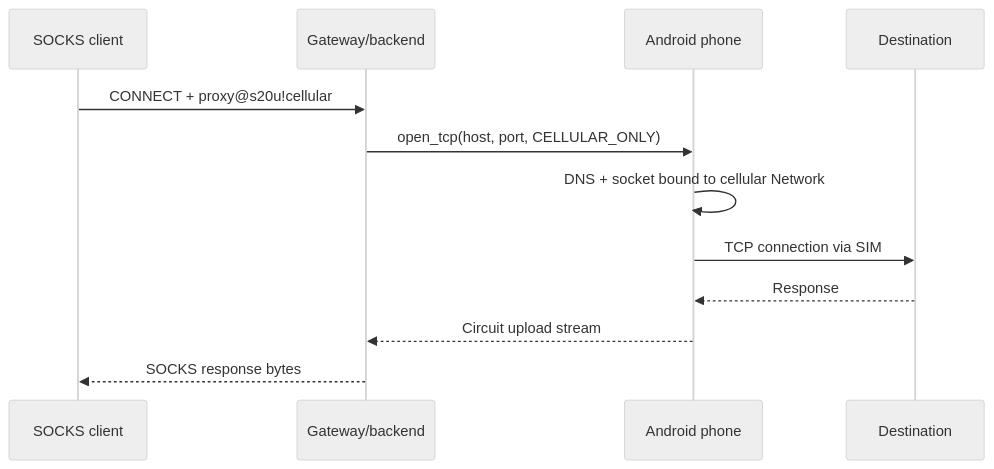
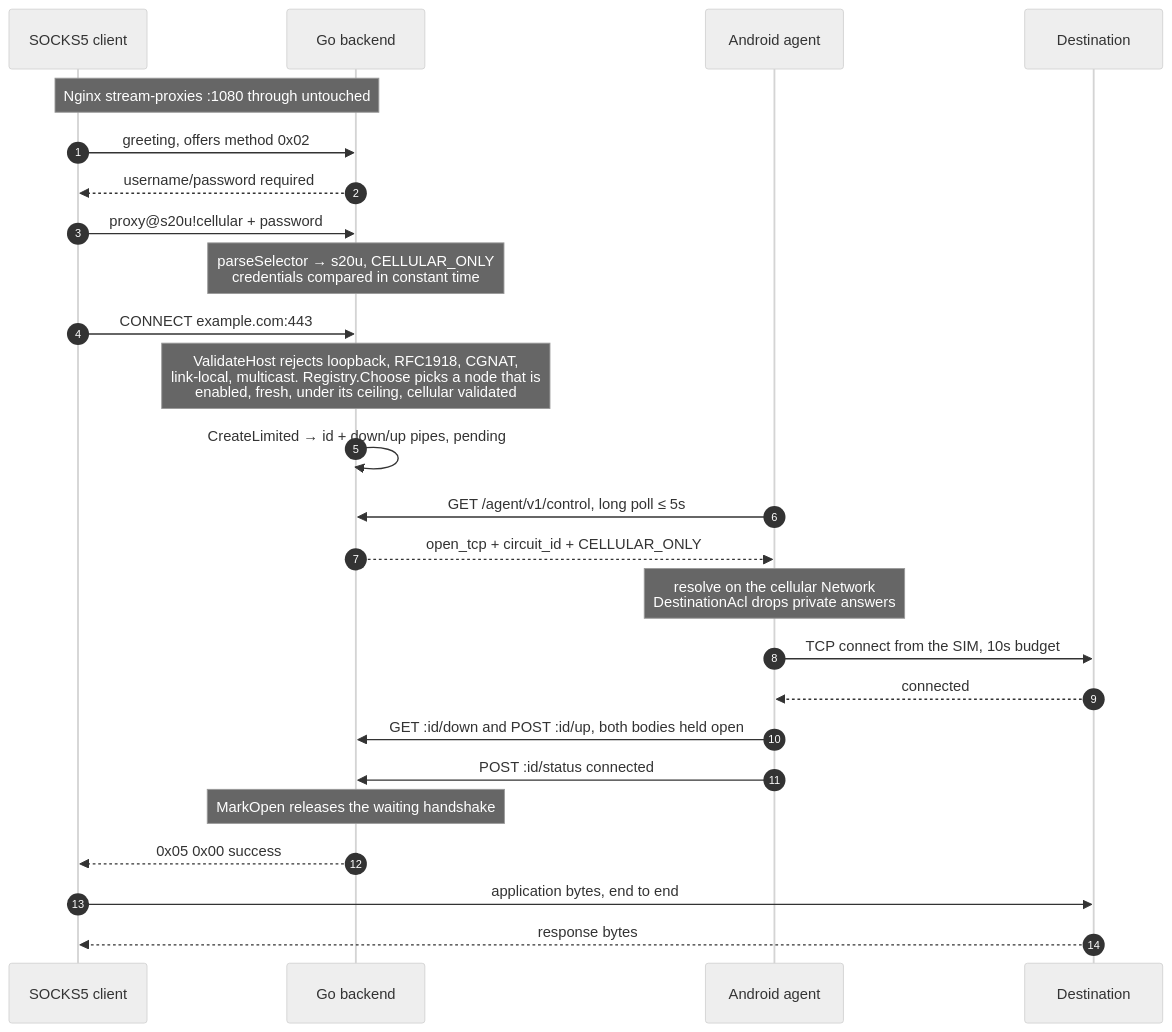
One commit to CesarPetrescu/PocketExit changed the third of 12 diagrams in README.md. Above: the diagram before and after it, drawn with Mermaid (neutral theme). The commit also changed other lines of this file, not shown here.

First line of the commit message:
Rewrite README around diagrams of the system logic

````diff
--- a/README.md
+++ b/README.md
@@ -60,14 +173,28 @@
 ```mermaid
 sequenceDiagram
-    participant C as SOCKS client
-    participant G as Gateway/backend
-    participant P as Android phone
+    autonumber
+    participant C as SOCKS5 client
+    participant G as Go backend
+    participant P as Android agent
     participant D as Destination
-    C->>G: CONNECT + proxy@s20u!cellular
-    G->>P: open_tcp(host, port, CELLULAR_ONLY)
-    P->>P: DNS + socket bound to cellular Network
-    P->>D: TCP connection via SIM
-    D-->>P: Response
-    P-->>G: Circuit upload stream
-    G-->>C: SOCKS response bytes
+
+    Note over C,G: Nginx stream-proxies :1080 through untouched
+    C->>G: greeting, offers method 0x02
+    G-->>C: username/password required
+    C->>G: proxy@s20u!cellular + password
+    Note over G: parseSelector → s20u, CELLULAR_ONLY<br/>credentials compared in constant time
+    C->>G: CONNECT example.com:443
+    Note over G: ValidateHost rejects loopback, RFC1918, CGNAT,<br/>link-local, multicast. Registry.Choose picks a node that is<br/>enabled, fresh, under its ceiling, cellular validated
+    G->>G: CreateLimited → id + down/up pipes, pending
+    P->>G: GET /agent/v1/control, long poll ≤ 5s
+    G-->>P: open_tcp + circuit_id + CELLULAR_ONLY
+    Note over P: resolve on the cellular Network<br/>DestinationAcl drops private answers
+    P->>D: TCP connect from the SIM, 10s budget
+    D-->>P: connected
+    P->>G: GET :id/down and POST :id/up, both bodies held open
+    P->>G: POST :id/status connected
+    Note over G: MarkOpen releases the waiting handshake
+    G-->>C: 0x05 0x00 success
+    C->>D: application bytes, end to end
+    D-->>C: response bytes
 ```
````
